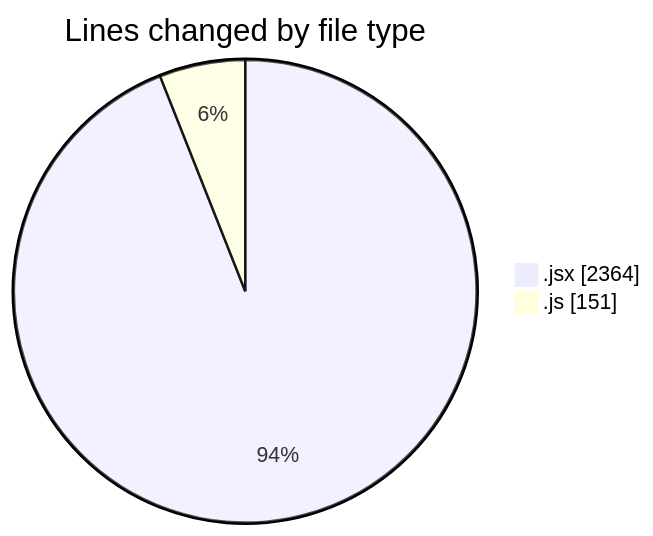
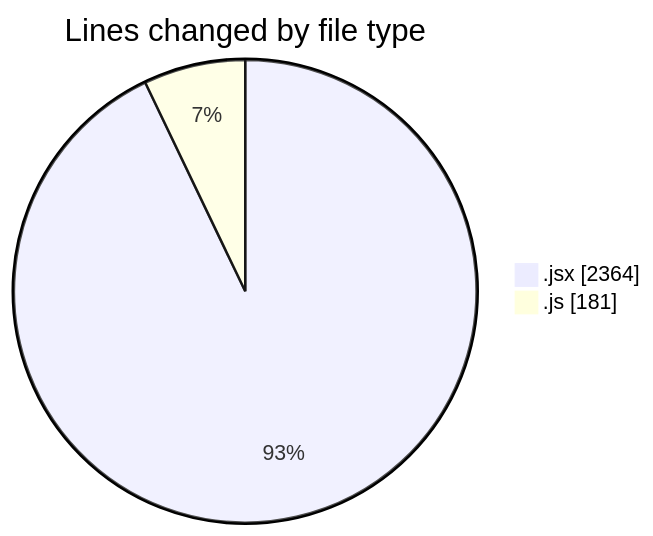
Before and after one commit to nxtqubesakshisongat/code-tracking: the first of 2 diagrams in 2025-12-11/nxtqube_webapp/README.md, drawn with Mermaid. The commit also changed other lines of this file and 1 other file, not shown here.

````diff
--- a/2025-12-11/nxtqube_webapp/README.md
+++ b/2025-12-11/nxtqube_webapp/README.md
@@ -21,6 +21,6 @@
 ```mermaid
 pie showData
 title Lines changed by file type
 ".jsx" : 2364
-".js" : 151
+".js" : 181
 ```
````
